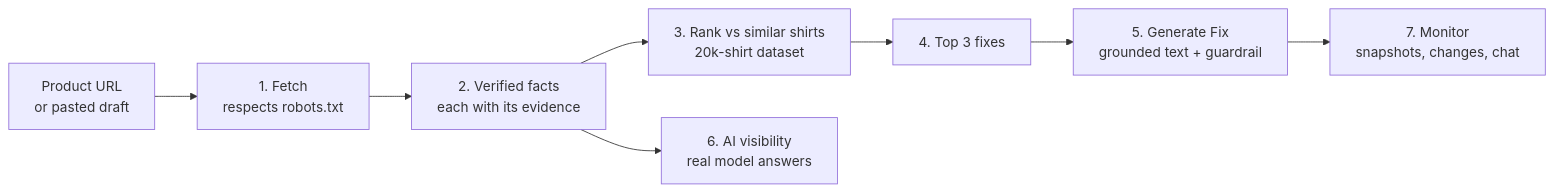
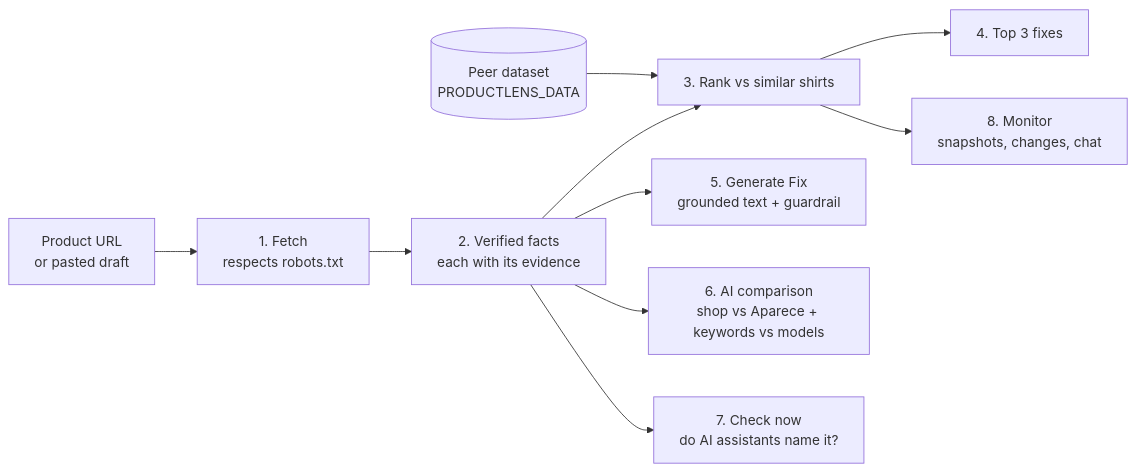
Before and after one commit to 1n1t6Sh3ll/Aparece: the diagram in docs/HOW_IT_WORKS.md, drawn with Mermaid. The commit also changed other lines of this file and 1 other file, not shown here.

Commit message:
docs: updated flowcharts (How it works, deployment) and step list
How it works flowchart now shows the peer dataset, AI comparison with keywords and Check now; steps renumbered 1-8; code table gains Keyword boost and Check now; ARCHITECTURE.md gains a Deployment diagram (Fly.io, Docker, secrets, caveats).

````diff
--- a/docs/HOW_IT_WORKS.md
+++ b/docs/HOW_IT_WORKS.md
@@ -22,10 +22,12 @@
 ```mermaid
 flowchart LR
   U[Product URL<br/>or pasted draft] --> F[1. Fetch<br/>respects robots.txt]
   F --> X[2. Verified facts<br/>each with its evidence]
-  X --> R[3. Rank vs similar shirts<br/>20k-shirt dataset]
+  P[(Peer dataset<br/>PRODUCTLENS_DATA)] --> R
+  X --> R[3. Rank vs similar shirts]
   R --> A[4. Top 3 fixes]
-  A --> G[5. Generate Fix<br/>grounded text + guardrail]
-  X --> V[6. AI visibility<br/>real model answers]
-  G --> M[7. Monitor<br/>snapshots, changes, chat]
+  X --> G[5. Generate Fix<br/>grounded text + guardrail]
+  X --> K[6. AI comparison<br/>shop vs Aparece + keywords vs models]
+  X --> V[7. Check now<br/>do AI assistants name it?]
+  R --> M[8. Monitor<br/>snapshots, changes, chat]
 ```
````
